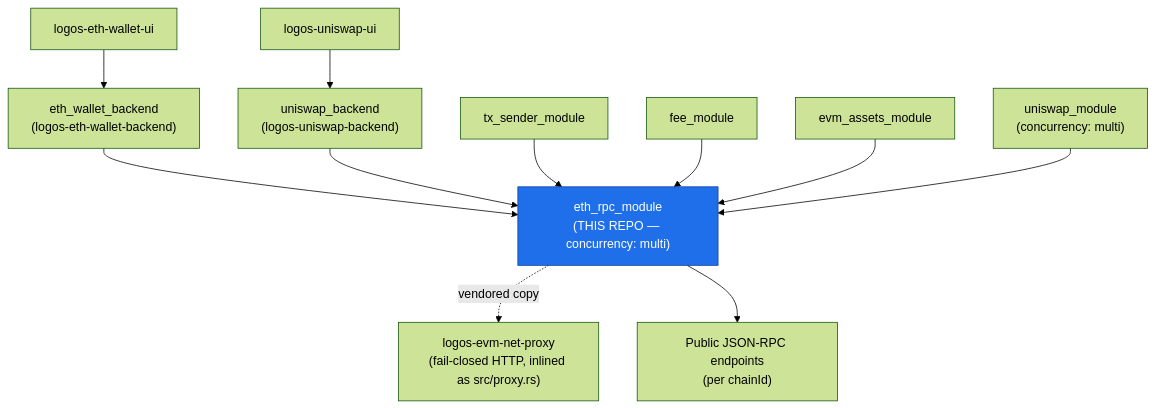
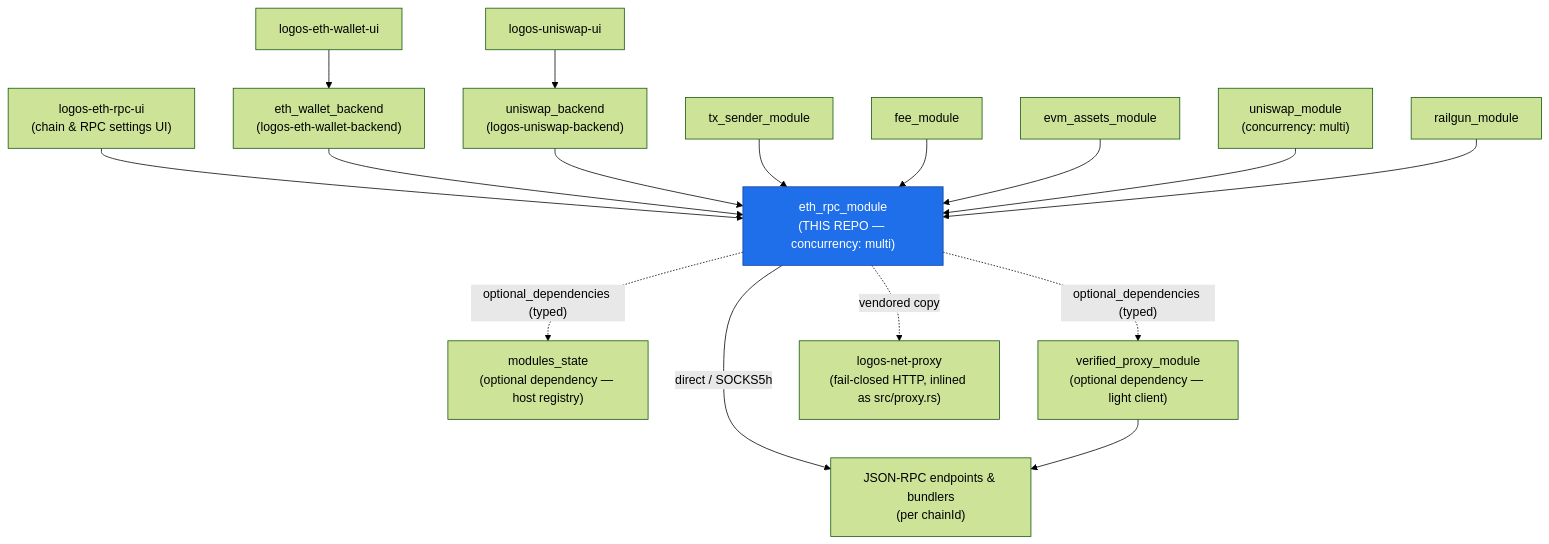
Before and after one commit to logos-co/logos-evm-eth-rpc-module: the first of 3 diagrams in docs/specs.md, drawn with Mermaid (forest theme). The commit also changed other lines of this file, not shown here.

````diff
--- a/docs/specs.md
+++ b/docs/specs.md
@@ -40,28 +45,37 @@
 ```mermaid
 flowchart TD
     WUI["logos-eth-wallet-ui"]
     UUI["logos-uniswap-ui"]
+    ERUI["logos-eth-rpc-ui<br/>(chain &amp; RPC settings UI)"]
     EWB["eth_wallet_backend<br/>(logos-eth-wallet-backend)"]
     UB["uniswap_backend<br/>(logos-uniswap-backend)"]
     TX["tx_sender_module"]
     FEE["fee_module"]
     AS["evm_assets_module"]
     UNI["uniswap_module<br/>(concurrency: multi)"]
+    RG["railgun_module"]
     ETH["eth_rpc_module<br/>(THIS REPO — concurrency: multi)"]
-    NP["logos-evm-net-proxy<br/>(fail-closed HTTP, inlined as src/proxy.rs)"]
-    NODES["Public JSON-RPC endpoints<br/>(per chainId)"]
+    MS["modules_state<br/>(optional dependency — host registry)"]
+    VPM["verified_proxy_module<br/>(optional dependency — light client)"]
+    NP["logos-net-proxy<br/>(fail-closed HTTP, inlined as src/proxy.rs)"]
+    NODES["JSON-RPC endpoints &amp; bundlers<br/>(per chainId)"]
 
     WUI --> EWB
     UUI --> UB
+    ERUI --> ETH
     EWB --> ETH
     UB --> ETH
     TX --> ETH
     FEE --> ETH
     AS --> ETH
     UNI --> ETH
+    RG --> ETH
+    ETH -. "optional_dependencies (typed)" .-> MS
+    ETH -. "optional_dependencies (typed)" .-> VPM
     ETH -. "vendored copy" .-> NP
-    ETH --> NODES
+    ETH -->|"direct / SOCKS5h"| NODES
+    VPM --> NODES
 
     classDef this fill:#1f6feb,stroke:#0d419d,color:#fff;
     class ETH this;
 ```
````
